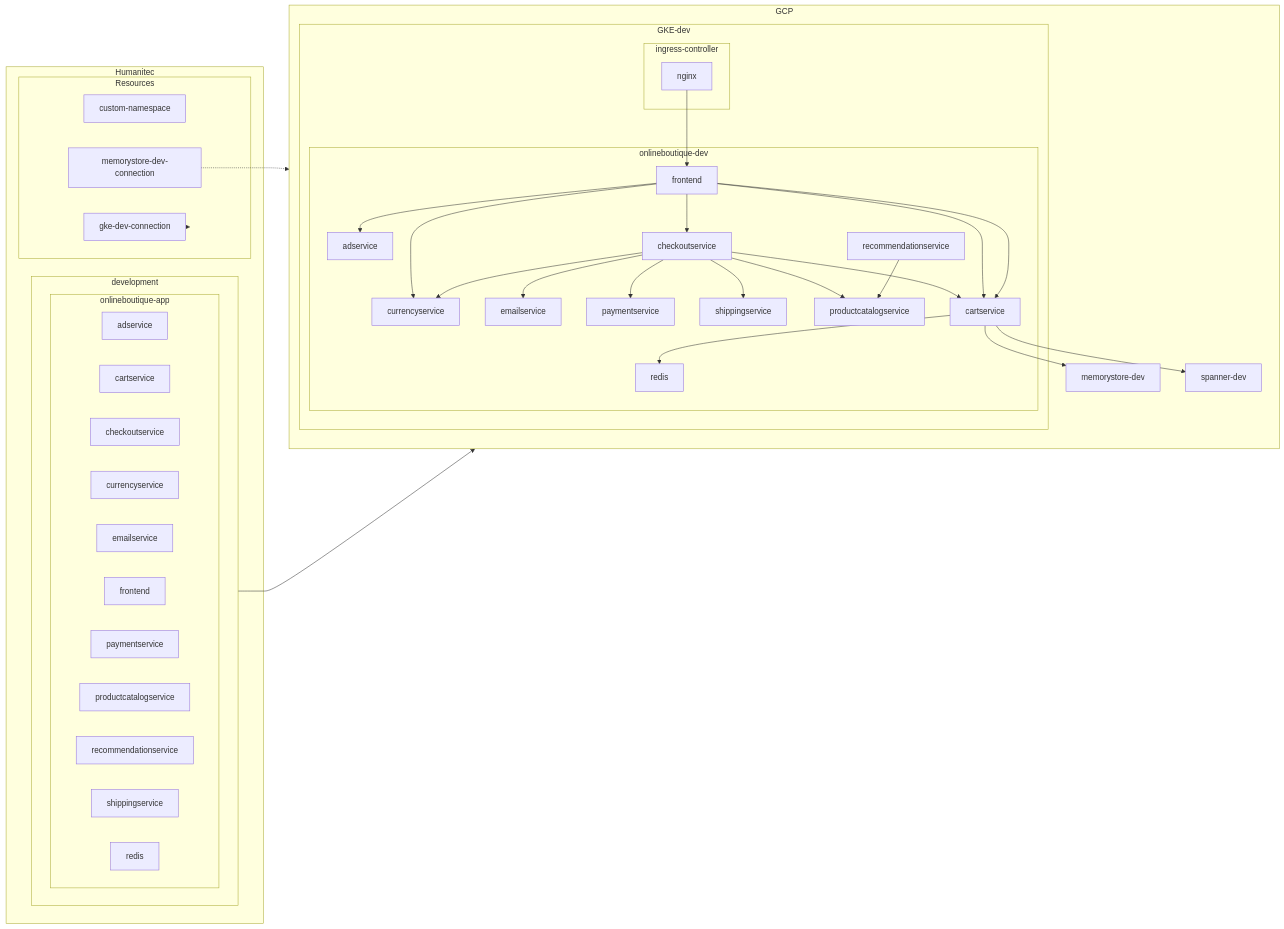
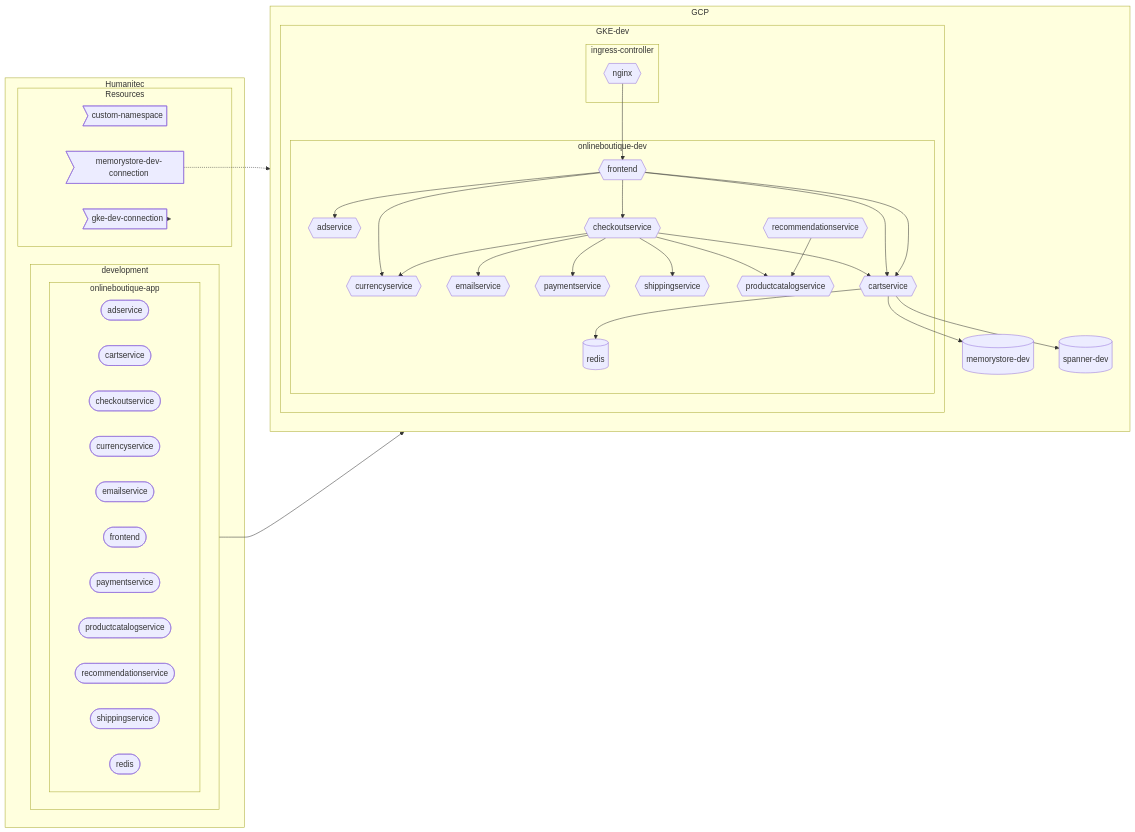
Before and after one commit to mathieu-benoit/hello-humanitec: the second of 2 diagrams in README.md, drawn with Mermaid. The commit also changed other lines of this file, not shown here.

````diff
--- a/README.md
+++ b/README.md
@@ -40,56 +40,56 @@
 ```mermaid
 flowchart LR
   subgraph Humanitec
     subgraph development
         direction LR
         subgraph onlineboutique-app
             direction LR
-            adservice-workload[adservice]
-            cartservice-workload[cartservice]
-            checkoutservice-workload[checkoutservice]
-            currencyservice-workload[currencyservice]
-            emailservice-workload[emailservice]
-            frontend-workload[frontend]
-            paymentservice-workload[paymentservice]
-            productcatalogservice-workload[productcatalogservice]
-            recommendationservice-workload[recommendationservice]
-            shippingservice-workload[shippingservice]
-            redis-workload[redis]
+            adservice-workload([adservice])
+            cartservice-workload([cartservice])
+            checkoutservice-workload([checkoutservice])
+            currencyservice-workload([currencyservice])
+            emailservice-workload([emailservice])
+            frontend-workload([frontend])
+            paymentservice-workload([paymentservice])
+            productcatalogservice-workload([productcatalogservice])
+            recommendationservice-workload([recommendationservice])
+            shippingservice-workload([shippingservice])
+            redis-workload([redis])
         end
     end
     subgraph Resources
-        custom-namespace
-        gke-dev-connection
-        memorystore-dev-connection
+        custom-namespace>custom-namespace]
+        gke-dev-connection>gke-dev-connection]
+        memorystore-dev-connection>memorystore-dev-connection]
     end
   end
   subgraph GCP
     direction TB
     subgraph GKE-dev
         subgraph ingress-controller
-            nginx
+            nginx{{nginx}}
         end
         subgraph onlineboutique-dev
-            frontend-->adservice
-            frontend-->checkoutservice
-            frontend-->currencyservice
-            checkoutservice-->emailservice
-            checkoutservice-->paymentservice
+            frontend{{frontend}}-->adservice{{adservice}}
+            frontend-->checkoutservice{{checkoutservice}}
+            frontend-->currencyservice{{currencyservice}}
+            checkoutservice-->emailservice{{emailservice}}
+            checkoutservice-->paymentservice{{paymentservice}}
             checkoutservice-->currencyservice
-            checkoutservice-->shippingservice
-            checkoutservice-->productcatalogservice
+            checkoutservice-->shippingservice{{shippingservice}}
+            checkoutservice-->productcatalogservice{{productcatalogservice}}
             checkoutservice-->cartservice
             frontend-->cartservice
             frontend-->cartservice
-            cartservice-->redis
-            recommendationservice-->productcatalogservice
+            cartservice{{cartservice}}-->redis[(redis)]
+            recommendationservice{{recommendationservice}}-->productcatalogservice
         end
         nginx-->frontend
     end
     gke-dev-connection-.->GKE-dev
-    memorystore-dev-connection-.->memorystore-dev
+    memorystore-dev-connection-.->memorystore-dev[(memorystore-dev)]
     onlineboutique-app-->onlineboutique-dev
     cartservice-->memorystore-dev
-    cartservice-->spanner-dev
+    cartservice-->spanner-dev[(spanner-dev)]
   end
 ```
````
